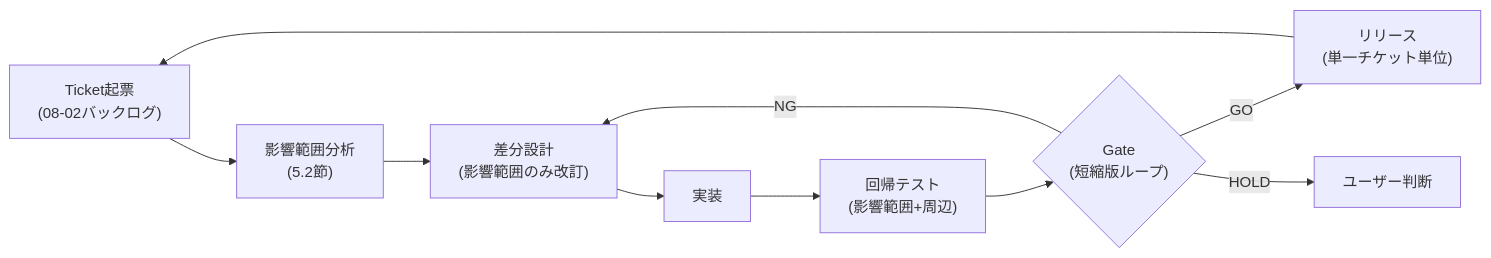
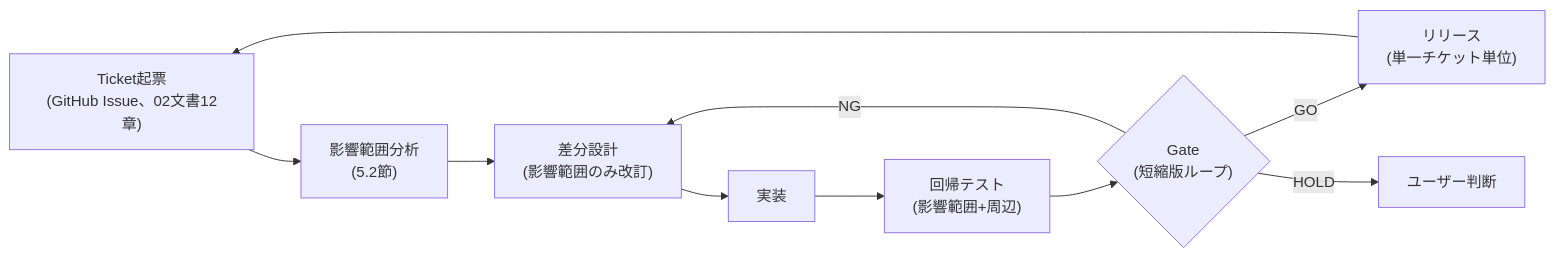
Before and after one commit to k-tanaka-522/aidev: the fourth of 5 diagrams in docs/v2/01_プロセス定義書.md, drawn with Mermaid. The commit also changed other lines of this file, not shown here.

````diff
--- a/docs/v2/01_プロセス定義書.md
+++ b/docs/v2/01_プロセス定義書.md
@@ -425,12 +545,12 @@
 ```mermaid
 flowchart LR
-    T["Ticket起票<br/>(08-02バックログ)"] --> IA["影響範囲分析<br/>(5.2節)"]
+    T["Ticket起票<br/>(GitHub Issue、02文書12章)"] --> IA["影響範囲分析<br/>(5.2節)"]
     IA --> DD["差分設計<br/>(影響範囲のみ改訂)"]
     DD --> IM["実装"]
     IM --> RG["回帰テスト<br/>(影響範囲+周辺)"]
     RG --> GT{"Gate<br/>(短縮版ループ)"}
     GT -->|GO| RL["リリース<br/>(単一チケット単位)"]
     GT -->|NG| DD
     GT -->|HOLD| USER["ユーザー判断"]
     RL --> T
 ```
````
